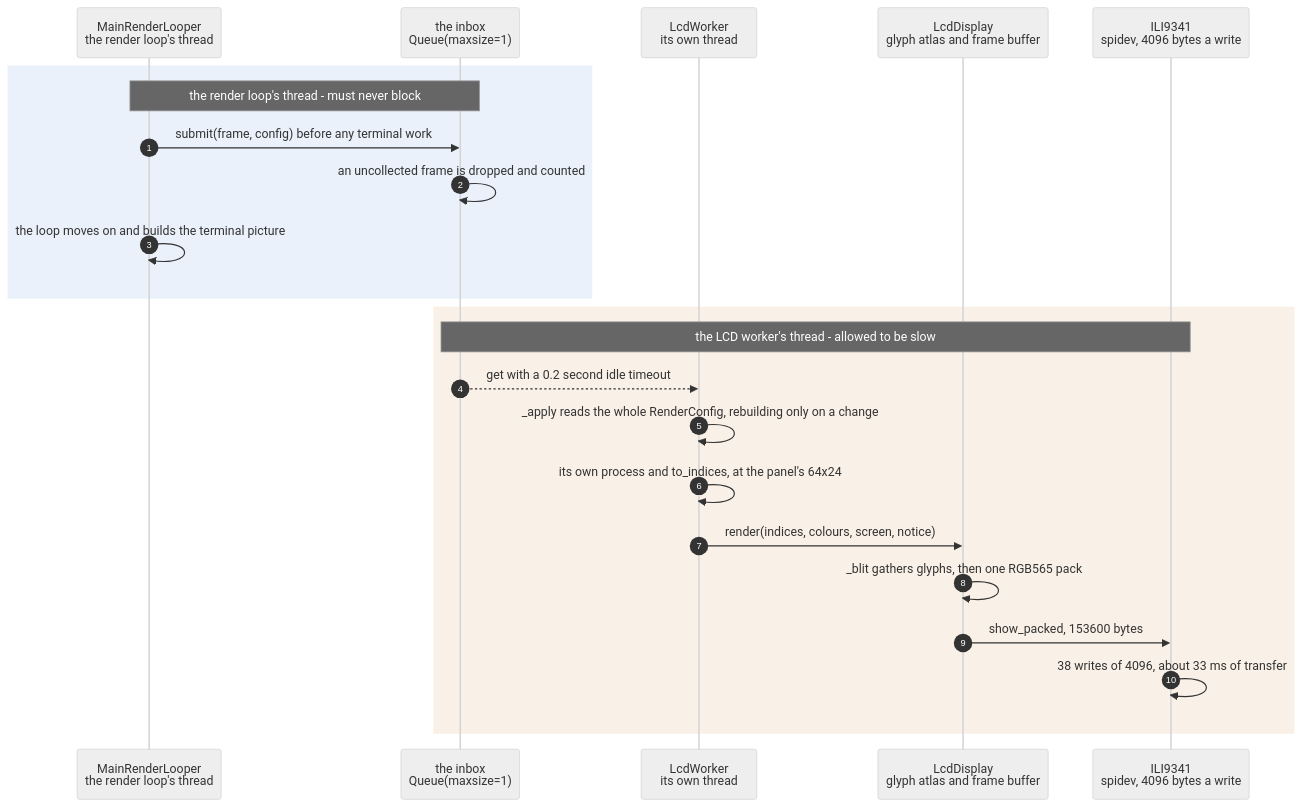
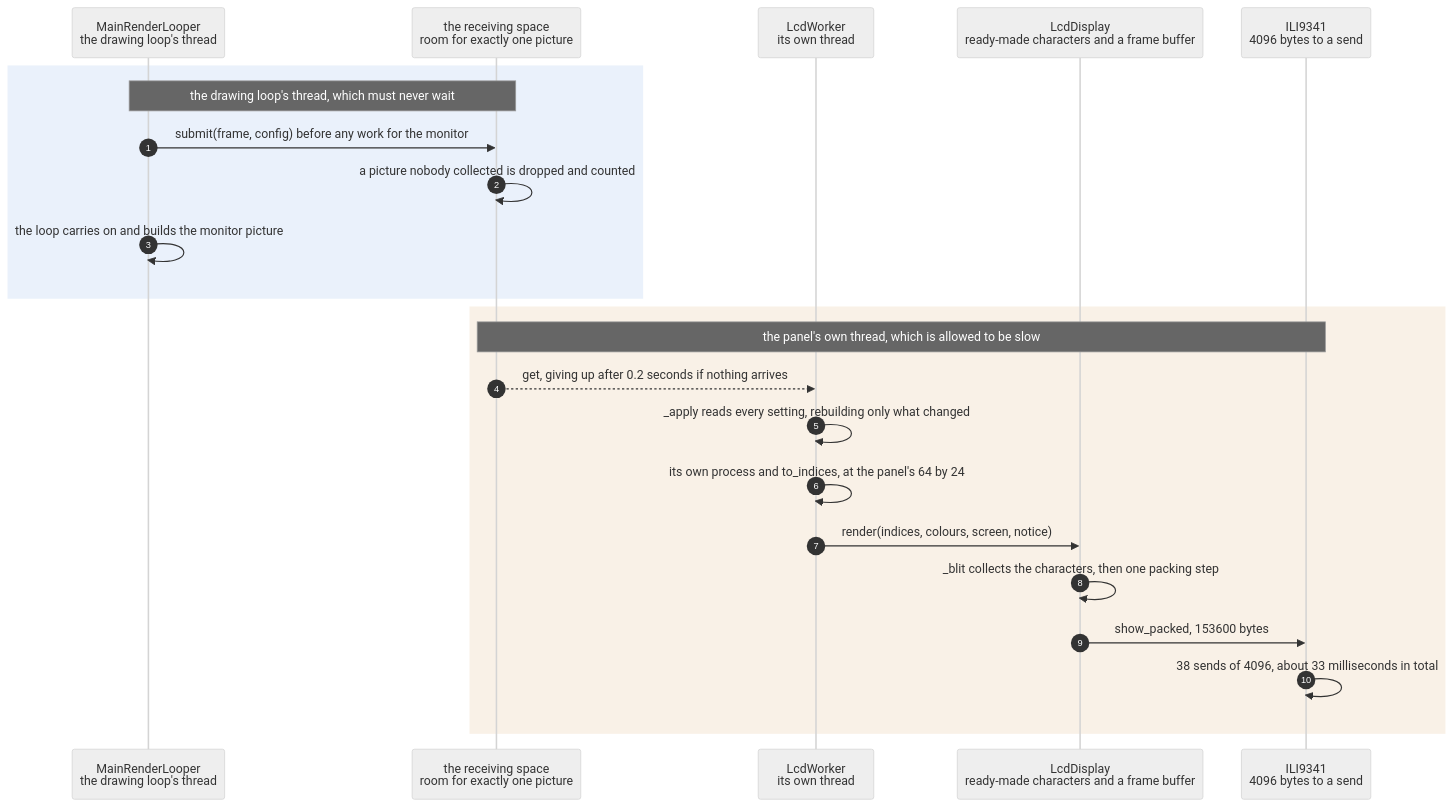
Before and after one commit to replicant1/AsciiArt-Pi: the diagram in docs/scenarios/a-frame-reaches-the-spi-panel-without-stalling-the-render-loop.md, drawn with Mermaid (neutral theme). The commit also changed other lines of this file and 5 other files, not shown here.

````diff
--- a/docs/scenarios/a-frame-reaches-the-spi-panel-without-stalling-the-render-loop.md
+++ b/docs/scenarios/a-frame-reaches-the-spi-panel-without-stalling-the-render-loop.md
@@ -37,26 +64,26 @@
 ```mermaid
 sequenceDiagram
     autonumber
-    participant App as MainRenderLooper<br/>the render loop's thread
-    participant Inbox as the inbox<br/>Queue(maxsize=1)
+    participant App as MainRenderLooper<br/>the drawing loop's thread
+    participant Inbox as the receiving space<br/>room for exactly one picture
     participant W as LcdWorker<br/>its own thread
-    participant Disp as LcdDisplay<br/>glyph atlas and frame buffer
-    participant Panel as ILI9341<br/>spidev, 4096 bytes a write
+    participant Disp as LcdDisplay<br/>ready-made characters and a frame buffer
+    participant Panel as ILI9341<br/>4096 bytes to a send
 
     rect rgba(80, 140, 220, 0.12)
-        note over App, Inbox: the render loop's thread - must never block
-        App->>Inbox: submit(frame, config) before any terminal work
-        Inbox->>Inbox: an uncollected frame is dropped and counted
-        App->>App: the loop moves on and builds the terminal picture
+        note over App, Inbox: the drawing loop's thread, which must never wait
+        App->>Inbox: submit(frame, config) before any work for the monitor
+        Inbox->>Inbox: a picture nobody collected is dropped and counted
+        App->>App: the loop carries on and builds the monitor picture
     end
     rect rgba(200, 140, 60, 0.12)
-        note over Inbox, Panel: the LCD worker's thread - allowed to be slow
-        Inbox-->>W: get with a 0.2 second idle timeout
-        W->>W: _apply reads the whole RenderConfig, rebuilding only on a change
-        W->>W: its own process and to_indices, at the panel's 64x24
+        note over Inbox, Panel: the panel's own thread, which is allowed to be slow
+        Inbox-->>W: get, giving up after 0.2 seconds if nothing arrives
+        W->>W: _apply reads every setting, rebuilding only what changed
+        W->>W: its own process and to_indices, at the panel's 64 by 24
         W->>Disp: render(indices, colours, screen, notice)
-        Disp->>Disp: _blit gathers glyphs, then one RGB565 pack
+        Disp->>Disp: _blit collects the characters, then one packing step
         Disp->>Panel: show_packed, 153600 bytes
-        Panel->>Panel: 38 writes of 4096, about 33 ms of transfer
+        Panel->>Panel: 38 sends of 4096, about 33 milliseconds in total
     end
 ```
````
